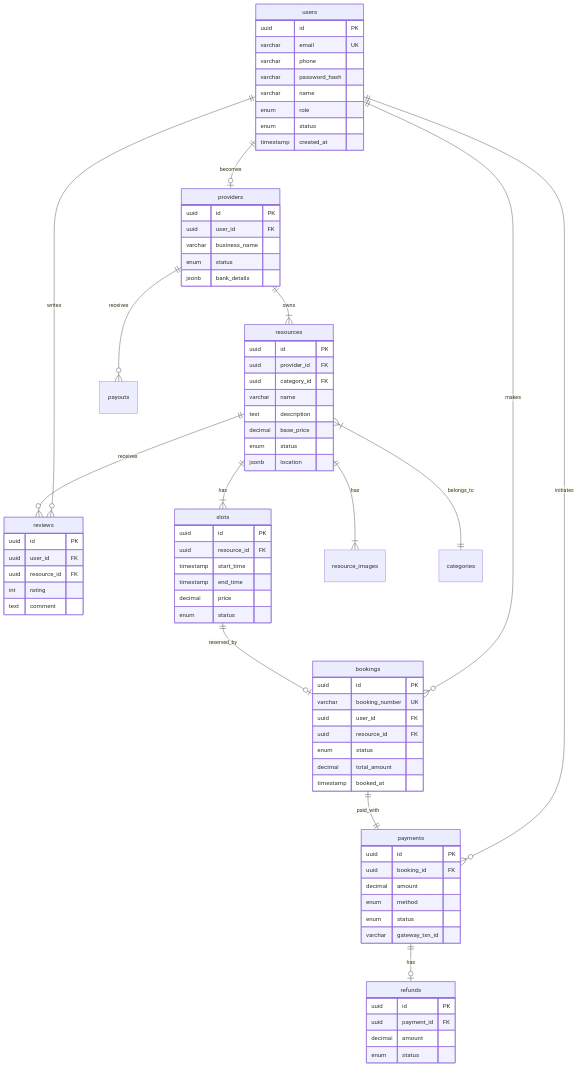
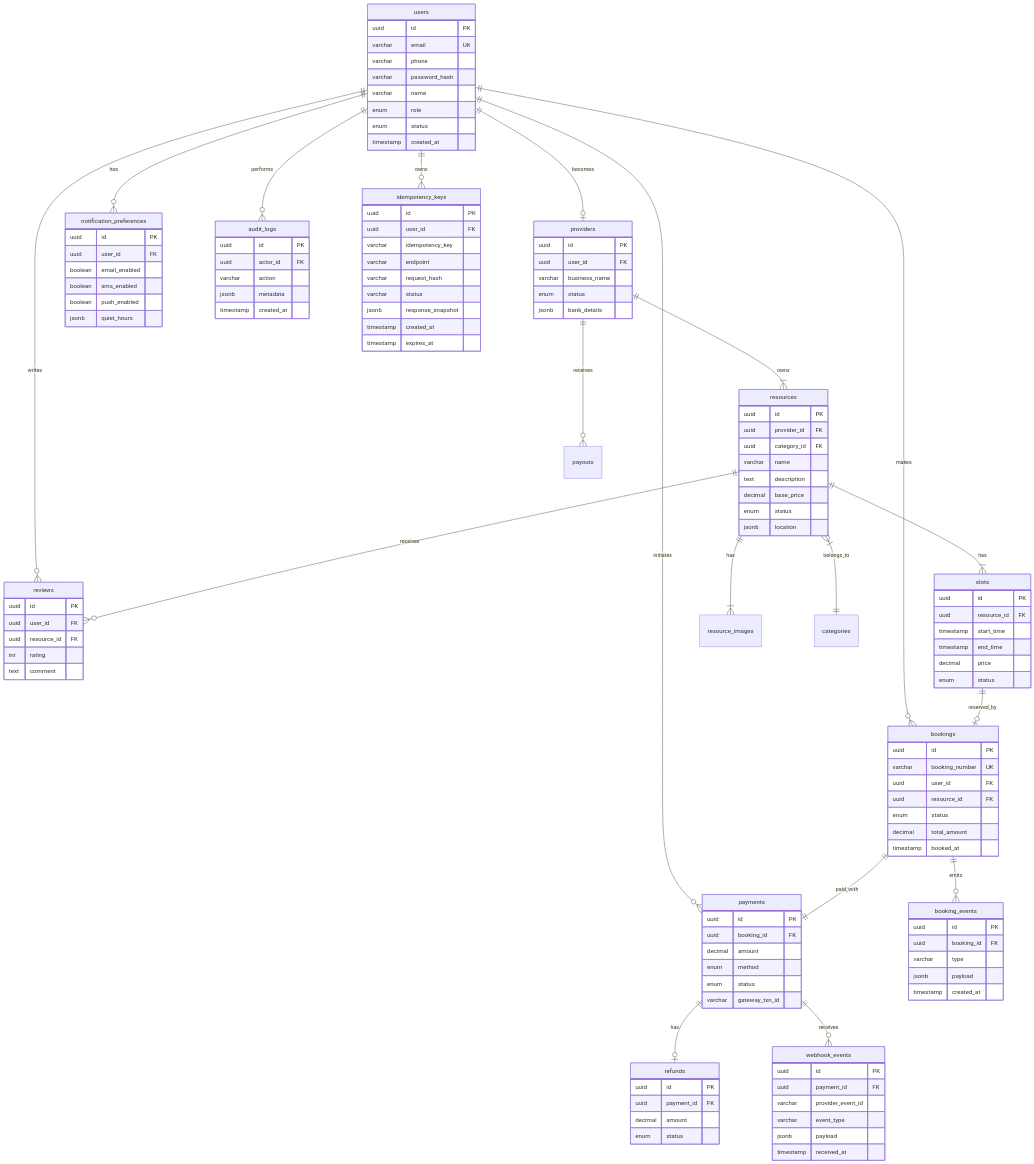
One commit to 0Ankit0/Project-Ideas changed the diagram in Slot Booking System/detailed-design/erd-database-schema.md. Above: the diagram before and after it, drawn with Mermaid. The commit also changed other lines of this file and 23 other files, not shown here.

First line of the commit message:
feat: Enhance Slot Booking System documentation and architecture

````diff
--- a/Slot Booking System/detailed-design/erd-database-schema.md
+++ b/Slot Booking System/detailed-design/erd-database-schema.md
@@ -12,6 +12,9 @@
     users ||--o{ reviews : writes
     users ||--o{ payments : initiates
     users ||--o| providers : becomes
+    users ||--o{ notification_preferences : has
+    users ||--o{ audit_logs : performs
+    users ||--o{ idempotency_keys : owns
     
     providers ||--|{ resources : owns
     providers ||--o{ payouts : receives
@@ -24,6 +27,8 @@
     slots ||--o| bookings : reserved_by
     bookings ||--|| payments : paid_with
     payments ||--o| refunds : has
+    bookings ||--o{ booking_events : emits
+    payments ||--o{ webhook_events : receives
     
     users {
         uuid id PK
@@ -97,4 +102,50 @@
         int rating
         text comment
     }
+
+    notification_preferences {
+        uuid id PK
+        uuid user_id FK
+        boolean email_enabled
+        boolean sms_enabled
+        boolean push_enabled
+        jsonb quiet_hours
+    }
+
+    booking_events {
+        uuid id PK
+        uuid booking_id FK
+        varchar type
+        jsonb payload
+        timestamp created_at
+    }
+
+    webhook_events {
+        uuid id PK
+        uuid payment_id FK
+        varchar provider_event_id
+        varchar event_type
+        jsonb payload
+        timestamp received_at
+    }
+
+    audit_logs {
+        uuid id PK
+        uuid actor_id FK
+        varchar action
+        jsonb metadata
+        timestamp created_at
+    }
+
+    idempotency_keys {
+        uuid id PK
+        uuid user_id FK
+        varchar idempotency_key
+        varchar endpoint
+        varchar request_hash
+        varchar status
+        jsonb response_snapshot
+        timestamp created_at
+        timestamp expires_at
+    }
 ```
````
